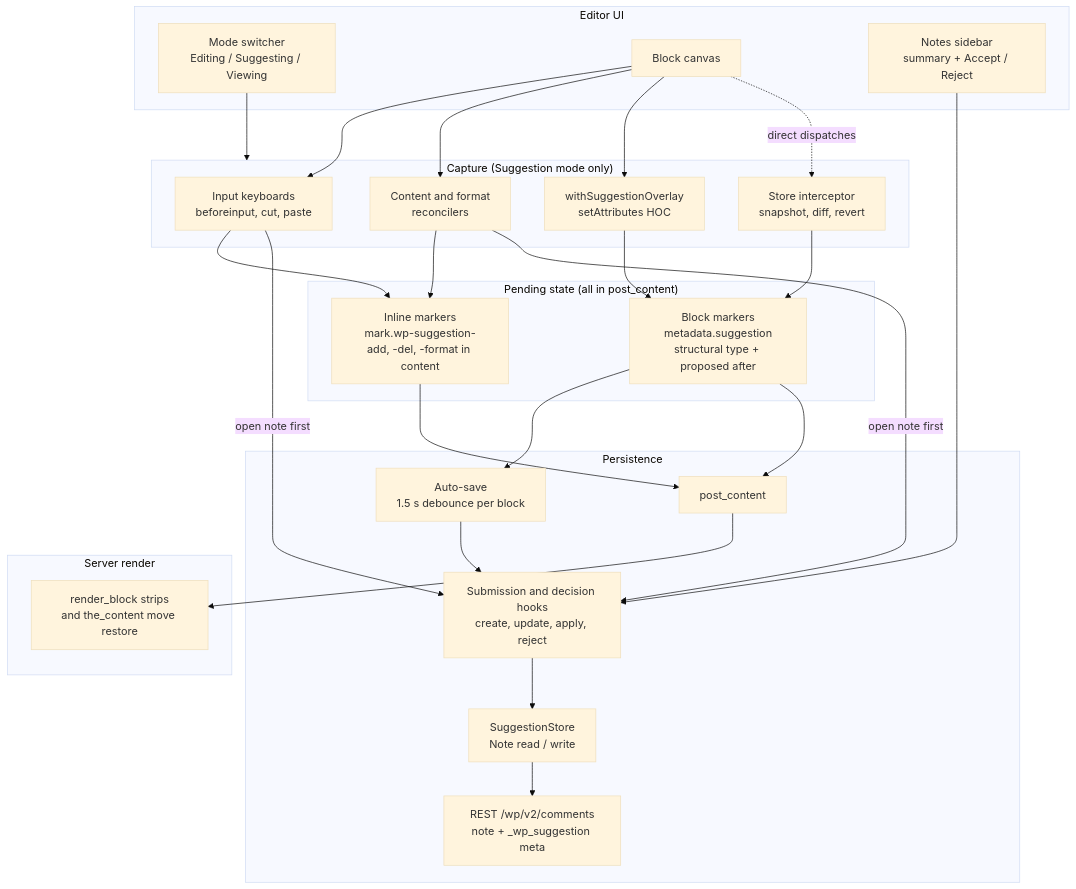
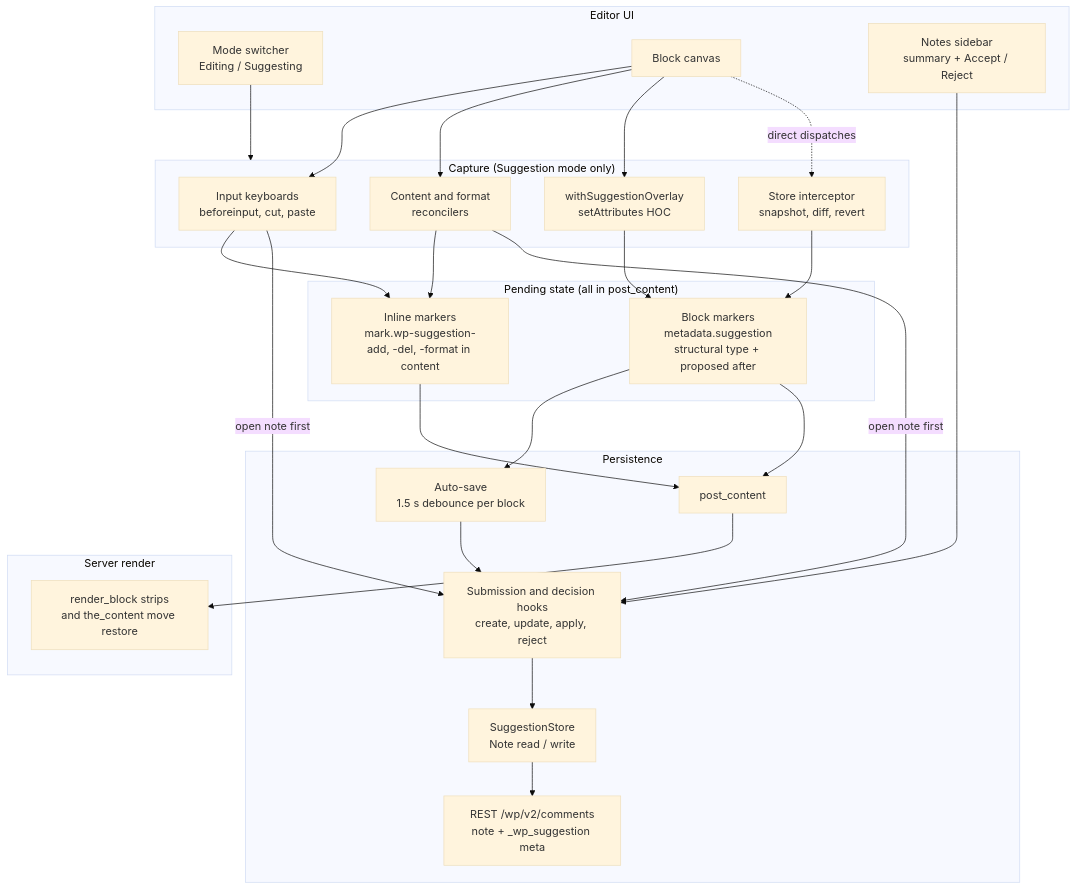
One commit to WordPress/gutenberg changed the first of 8 diagrams in docs/explanations/architecture/suggestions-overview.md. Above: the diagram before and after it, drawn with Mermaid (base theme). The commit also changed other lines of this file and 1 other file, not shown here.

First line of the commit message:
Suggestion mode: Remove Viewing from the architecture docs

````diff
--- a/docs/explanations/architecture/suggestions-overview.md
+++ b/docs/explanations/architecture/suggestions-overview.md
@@ -33,43 +33,43 @@
 ```mermaid
 flowchart TB
     subgraph UI["Editor UI"]
-        Switcher["Mode switcher<br/>Editing / Suggesting / Viewing"]
+        Switcher["Mode switcher<br/>Editing / Suggesting"]
         Canvas["Block canvas"]
         Sidebar["Notes sidebar<br/>summary + Accept / Reject"]
     end
 
     subgraph Capture["Capture (Suggestion mode only)"]
         Keyboards["Input keyboards<br/>beforeinput, cut, paste"]
         Reconciler["Content and format<br/>reconcilers"]
         HOC["withSuggestionOverlay<br/>setAttributes HOC"]
         Interceptor["Store interceptor<br/>snapshot, diff, revert"]
     end
 
     subgraph State["Pending state (all in post_content)"]
         Inline["Inline markers<br/>mark.wp-suggestion-add, -del, -format in content"]
         BlockMarker["Block markers<br/>metadata.suggestion<br/>structural type + proposed after"]
     end
 
     subgraph Persist["Persistence"]
         AutoSave["Auto-save<br/>1.5 s debounce per block"]
         Provider["Submission and decision hooks<br/>create, update, apply, reject"]
         Store["SuggestionStore<br/>Note read / write"]
         REST["REST /wp/v2/comments<br/>note + _wp_suggestion meta"]
         Post["post_content"]
     end
 
     subgraph Server["Server render"]
         Strip["render_block strips<br/>and the_content move restore"]
     end
 
     Switcher --> Capture
     Canvas --> Keyboards & Reconciler & HOC
     Canvas -. direct dispatches .-> Interceptor
     Keyboards & Reconciler --> Inline
     HOC & Interceptor --> BlockMarker
     Keyboards & Reconciler -- open note first --> Provider
     BlockMarker --> AutoSave --> Provider --> Store --> REST
     Inline & BlockMarker --> Post
     Sidebar --> Provider
     Post --> Strip
 ```
````
